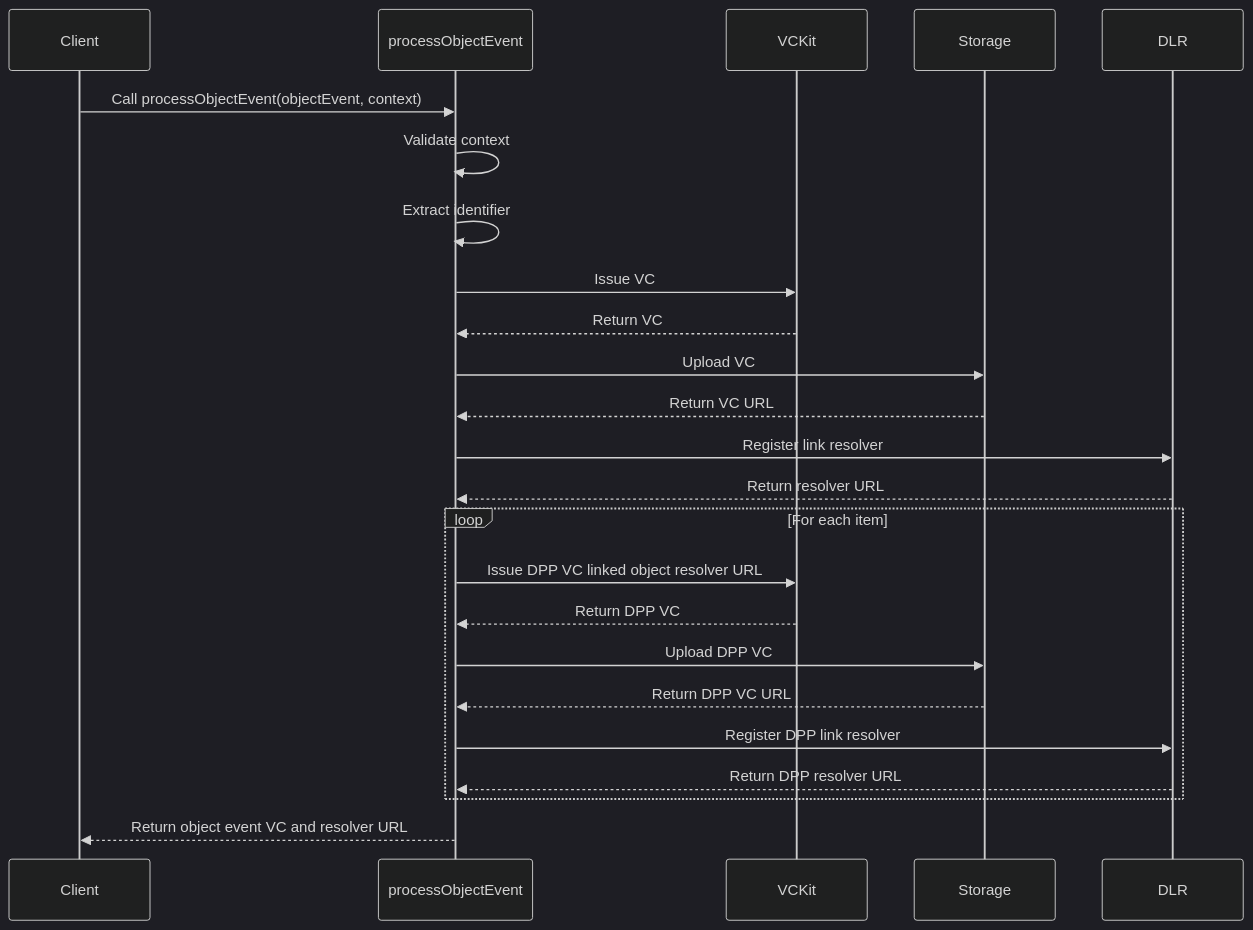
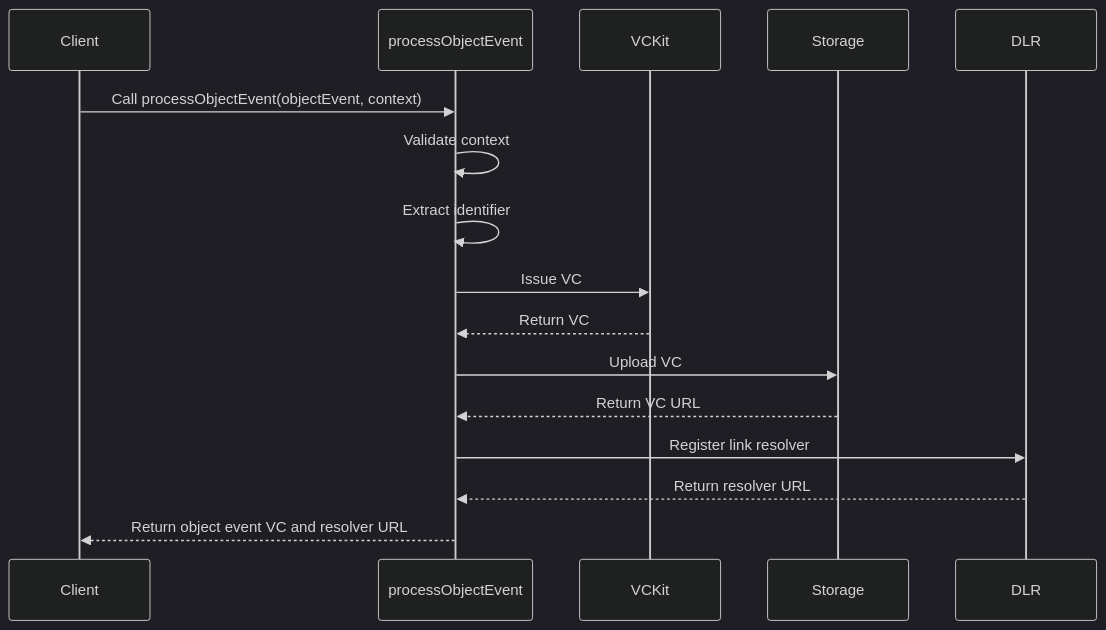
One commit to uncefact/tests-untp changed the diagram in documentation/docs/mock-apps/services/process-object-event.md. Above: the diagram before and after it, drawn with Mermaid (dark theme). The commit also changed other lines of this file and 7 other files, not shown here.

````diff
--- a/documentation/docs/mock-apps/services/process-object-event.md
+++ b/documentation/docs/mock-apps/services/process-object-event.md
@@ -16,26 +16,18 @@
 ```mermaid
 sequenceDiagram
 participant C as Client
 participant P as processObjectEvent
 participant V as VCKit
 participant S as Storage
 participant D as DLR
 C->>P: Call processObjectEvent(objectEvent, context)
 P->>P: Validate context
 P->>P: Extract identifier
 P->>V: Issue VC
 V-->>P: Return VC
 P->>S: Upload VC
 S-->>P: Return VC URL
 P->>D: Register link resolver
 D-->>P: Return resolver URL
-loop For each item
-P->>V: Issue DPP VC linked object resolver URL
-V-->>P: Return DPP VC
-P->>S: Upload DPP VC
-S-->>P: Return DPP VC URL
-P->>D: Register DPP link resolver
-D-->>P: Return DPP resolver URL
-end
 P-->>C: Return object event VC and resolver URL
 ```
````
